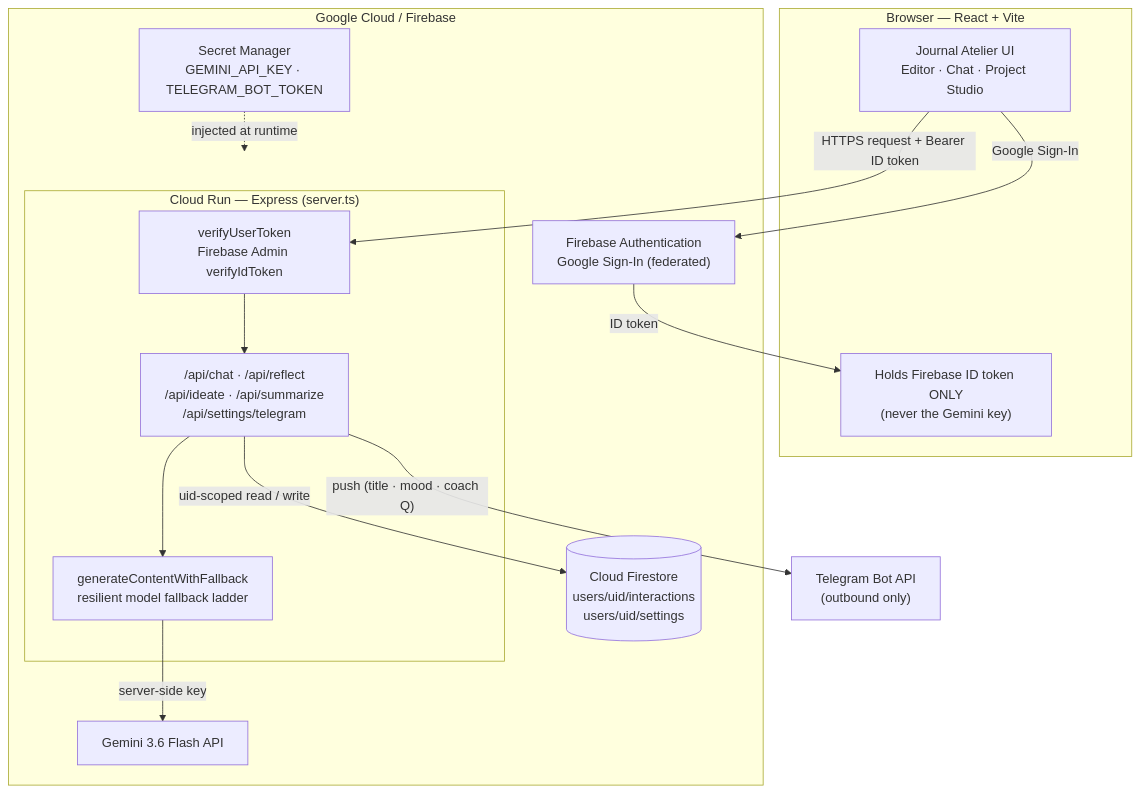
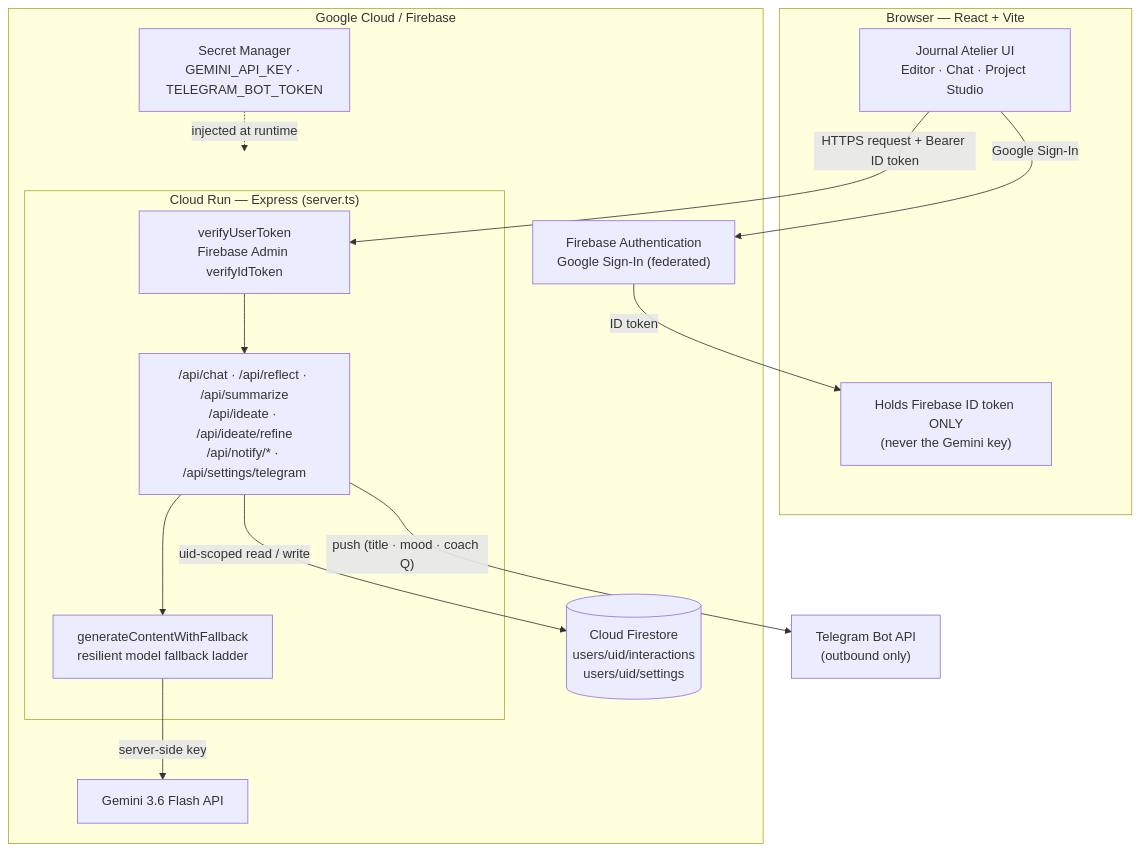
One commit to leshweyeewin/journal-atelier changed the first of 4 diagrams in docs/ARCHITECTURE.md. Above: the diagram before and after it, drawn with Mermaid. The commit also changed other lines of this file and 2 other files, not shown here.

Commit message:
docs: add architecture documentation and functional test matrix

````diff
--- a/docs/ARCHITECTURE.md
+++ b/docs/ARCHITECTURE.md
@@ -119,31 +153,31 @@
 ```mermaid
 flowchart TB
     subgraph Client["Browser — React + Vite"]
         UI["Journal Atelier UI<br/>Editor · Chat · Project Studio"]
         Token["Holds Firebase ID token ONLY<br/>(never the Gemini key)"]
     end
 
     subgraph Google["Google Cloud / Firebase"]
         Auth["Firebase Authentication<br/>Google Sign-In (federated)"]
         subgraph Run["Cloud Run — Express (server.ts)"]
             Verify["verifyUserToken<br/>Firebase Admin verifyIdToken"]
-            Endpoints["/api/chat · /api/reflect<br/>/api/ideate · /api/summarize<br/>/api/settings/telegram"]
+            Endpoints["/api/chat · /api/reflect · /api/summarize<br/>/api/ideate · /api/ideate/refine<br/>/api/notify/* · /api/settings/telegram"]
             Ladder["generateContentWithFallback<br/>resilient model fallback ladder"]
         end
         Secret["Secret Manager<br/>GEMINI_API_KEY · TELEGRAM_BOT_TOKEN"]
         Store[("Cloud Firestore<br/>users/uid/interactions<br/>users/uid/settings")]
         Gemini["Gemini 3.6 Flash API"]
     end
 
     Telegram["Telegram Bot API<br/>(outbound only)"]
 
     UI -->|Google Sign-In| Auth
     Auth -->|ID token| Token
     UI -->|"HTTPS request + Bearer ID token"| Verify
     Verify --> Endpoints
     Endpoints --> Ladder
     Ladder -->|"server-side key"| Gemini
     Secret -.->|injected at runtime| Run
     Endpoints -->|"uid-scoped read / write"| Store
     Endpoints -->|"push (title · mood · coach Q)"| Telegram
 ```
````
